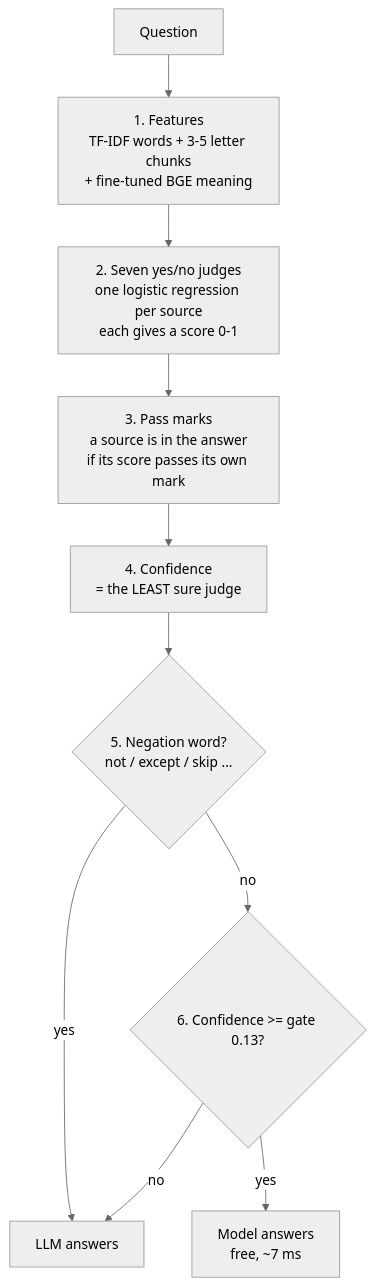
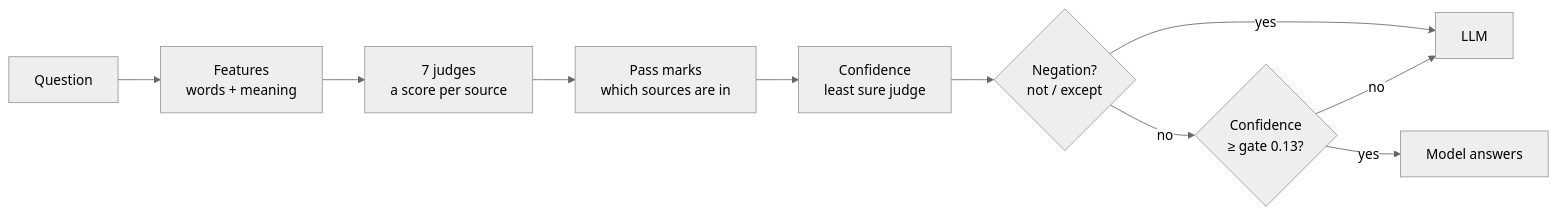
The fourth of 7 diagrams in README.md (saramamatha19/AetherionPrism), drawn with Mermaid (neutral theme) before and after one commit. The commit also changed other lines of this file and 1 other file, not shown here.

````diff
--- a/README.md
+++ b/README.md
@@ -292,12 +93,8 @@
 ```mermaid
-flowchart TD
-    Q["Question"] --> F["1. Features<br/>TF-IDF words + 3-5 letter chunks<br/>+ fine-tuned BGE meaning"]
-    F --> J["2. Seven yes/no judges<br/>one logistic regression per source<br/>each gives a score 0-1"]
-    J --> T["3. Pass marks<br/>a source is in the answer<br/>if its score passes its own mark"]
-    T --> C["4. Confidence<br/>= the LEAST sure judge"]
-    C --> N{"5. Negation word?<br/>not / except / skip ..."}
-    N -- yes --> LLM["LLM answers"]
-    N -- no --> G{"6. Confidence >= gate 0.13?"}
-    G -- yes --> MA["Model answers<br/>free, ~7 ms"]
-    G -- no --> LLM
+flowchart LR
+    Q["Question"] --> F["Features<br/>words + meaning"] --> J["7 judges<br/>a score per source"] --> T["Pass marks<br/>which sources are in"] --> C["Confidence<br/>least sure judge"] --> N{"Negation?<br/>not / except"}
+    N -- yes --> L["LLM"]
+    N -- no --> G{"Confidence<br/>≥ gate 0.13?"}
+    G -- yes --> M["Model answers"]
+    G -- no --> L
 ```
````
